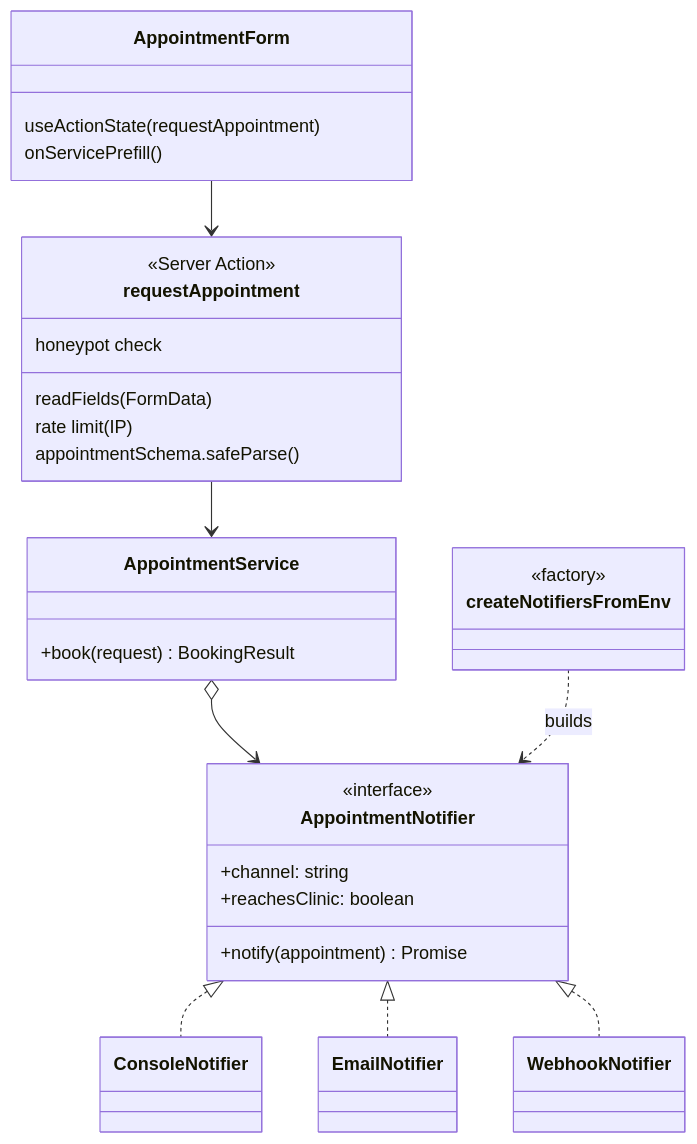
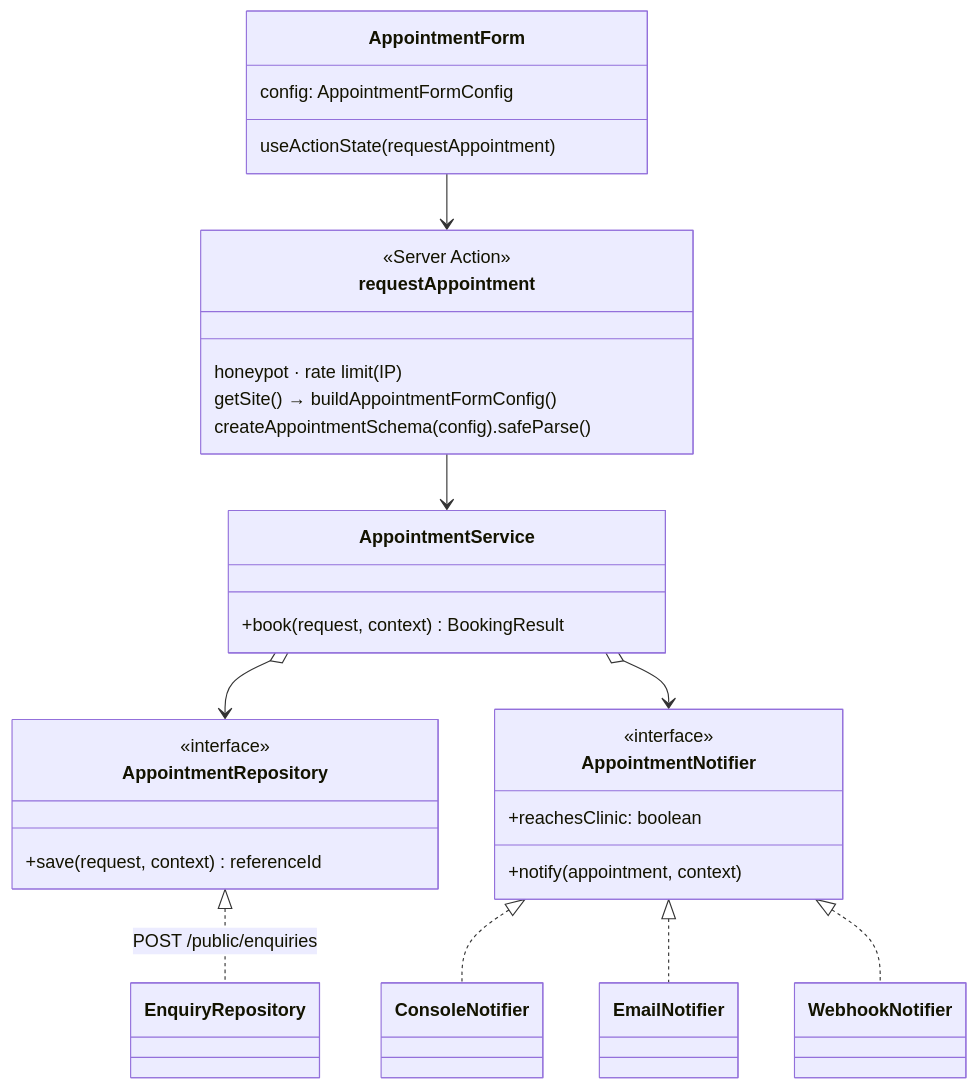
One commit to groupsahara/physiotherapy changed the fourth of 5 diagrams in docs/ARCHITECTURE.md. Above: the diagram before and after it, drawn with Mermaid. The commit also changed other lines of this file and 84 other files, not shown here.

````diff
--- a/docs/ARCHITECTURE.md
+++ b/docs/ARCHITECTURE.md
@@ -166,37 +218,38 @@
 ```mermaid
 classDiagram
   class AppointmentForm {
+    config: AppointmentFormConfig
     useActionState(requestAppointment)
-    onServicePrefill()
   }
   class requestAppointment {
     <<Server Action>>
-    readFields(FormData)
-    honeypot check
-    rate limit (IP)
-    appointmentSchema.safeParse()
+    honeypot · rate limit (IP)
+    getSite() → buildAppointmentFormConfig()
+    createAppointmentSchema(config).safeParse()
   }
   class AppointmentService {
-    +book(request) BookingResult
+    +book(request, context) BookingResult
+  }
+  class AppointmentRepository {
+    <<interface>>
+    +save(request, context) referenceId
   }
   class AppointmentNotifier {
     <<interface>>
-    +channel: string
     +reachesClinic: boolean
-    +notify(appointment) Promise
+    +notify(appointment, context)
   }
+  class EnquiryRepository
   class ConsoleNotifier
   class EmailNotifier
   class WebhookNotifier
-  class createNotifiersFromEnv {
-    <<factory>>
-  }
 
   AppointmentForm --> requestAppointment
   requestAppointment --> AppointmentService
+  AppointmentService o--> AppointmentRepository
   AppointmentService o--> AppointmentNotifier
+  AppointmentRepository <|.. EnquiryRepository : POST /public/enquiries
   AppointmentNotifier <|.. ConsoleNotifier
   AppointmentNotifier <|.. EmailNotifier
   AppointmentNotifier <|.. WebhookNotifier
-  createNotifiersFromEnv ..> AppointmentNotifier : builds
 ```
````
